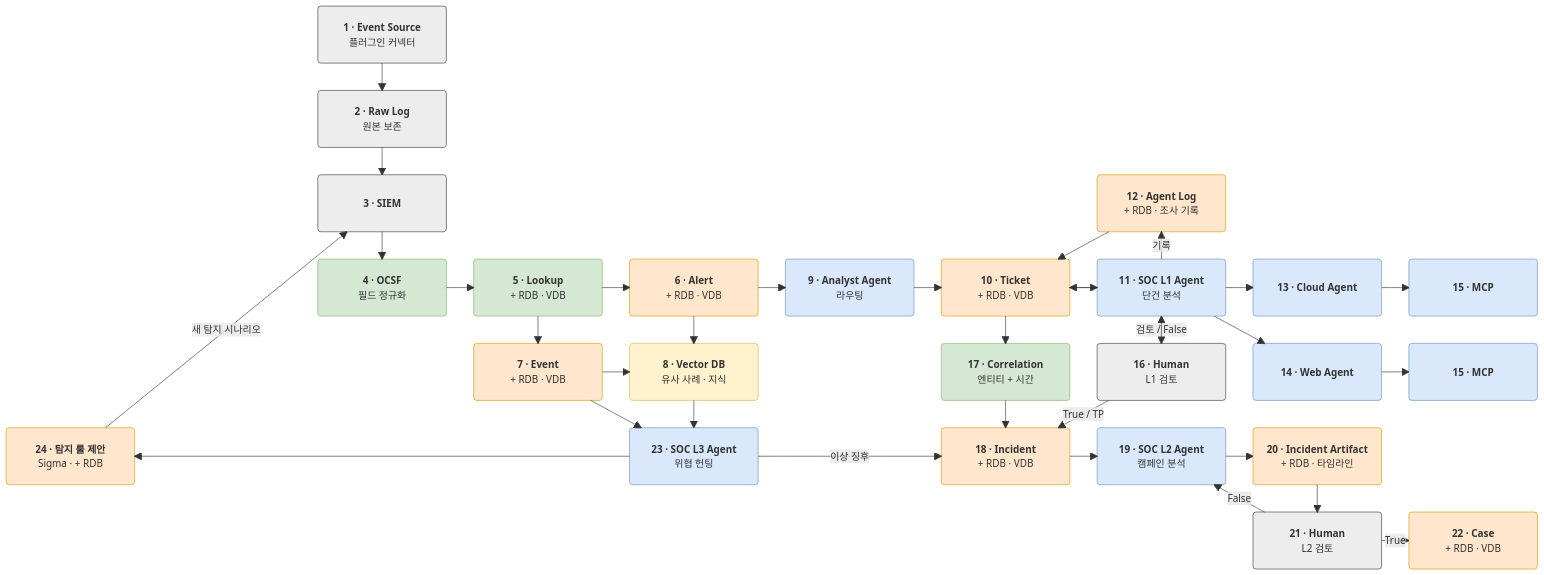
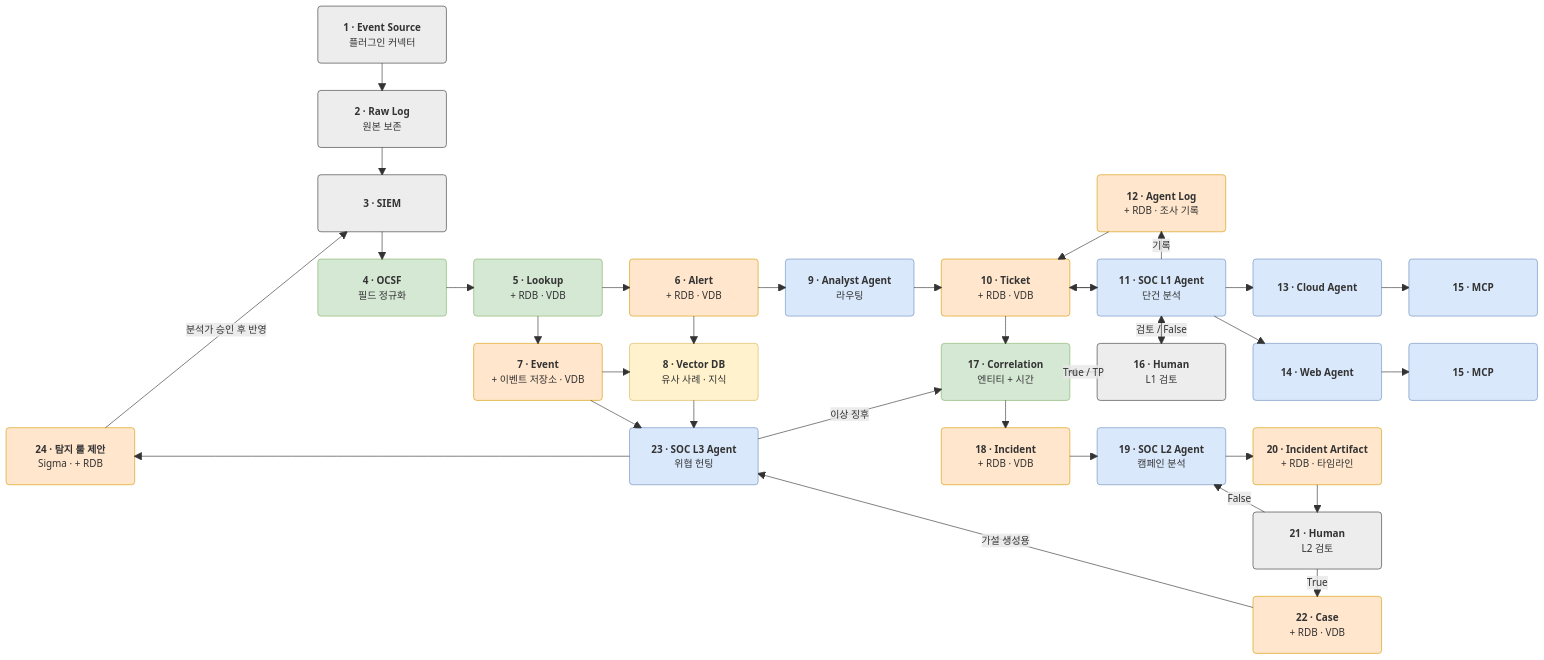
The diagram in README.md (0-Ticket/0-Ticket), drawn with Mermaid before and after one commit. The commit also changed other lines of this file and 16 other files, not shown here.

````diff
--- a/README.md
+++ b/README.md
@@ -24,58 +24,60 @@
 ```mermaid
 %%{init: {"block": {"padding": 44}}}%%
 block-beta
   columns 10
   space space ES("<b>1 · Event Source</b><br/>플러그인 커넥터") space:7
   space space RAW("<b>2 · Raw Log</b><br/>원본 보존") space:7
   space space SIEM("<b>3 · SIEM</b>") space:4 LOG("<b>12 · Agent Log</b><br/>+ RDB · 조사 기록") space:2
   space space OCSF("<b>4 · OCSF</b><br/>필드 정규화") LK("<b>5 · Lookup</b><br/>+ RDB · VDB") AL("<b>6 · Alert</b><br/>+ RDB · VDB") AN("<b>9 · Analyst Agent</b><br/>라우팅") TK("<b>10 · Ticket</b><br/>+ RDB · VDB") L1("<b>11 · SOC L1 Agent</b><br/>단건 분석") CL("<b>13 · Cloud Agent</b>") MCP1("<b>15 · MCP</b>")
-  space space:2 EV("<b>7 · Event</b><br/>+ RDB · VDB") VDB("<b>8 · Vector DB</b><br/>유사 사례 · 지식") space COR("<b>17 · Correlation</b><br/>엔티티 + 시간") H1("<b>16 · Human</b><br/>L1 검토") WEB("<b>14 · Web Agent</b>") MCP2("<b>15 · MCP</b>")
+  space space:2 EV("<b>7 · Event</b><br/>+ 이벤트 저장소 · VDB") VDB("<b>8 · Vector DB</b><br/>유사 사례 · 지식") space COR("<b>17 · Correlation</b><br/>엔티티 + 시간") H1("<b>16 · Human</b><br/>L1 검토") WEB("<b>14 · Web Agent</b>") MCP2("<b>15 · MCP</b>")
   RULE("<b>24 · 탐지 룰 제안</b><br/>Sigma · + RDB") space:3 L3("<b>23 · SOC L3 Agent</b><br/>위협 헌팅") space INC("<b>18 · Incident</b><br/>+ RDB · VDB") L2("<b>19 · SOC L2 Agent</b><br/>캠페인 분석") ART("<b>20 · Incident Artifact</b><br/>+ RDB · 타임라인") space
-  space:8 H2("<b>21 · Human</b><br/>L2 검토") CASE("<b>22 · Case</b><br/>+ RDB · VDB")
+  space:8 H2("<b>21 · Human</b><br/>L2 검토") space
+  space:8 CASE("<b>22 · Case</b><br/>+ RDB · VDB") space
 
   ES --> RAW
   RAW --> SIEM
   SIEM --> OCSF
   OCSF --> LK
   LK --> AL
   AL --> AN
   AN --> TK
   TK --> L1
   L1 --> TK
   L1 -- "기록" --> LOG
   LOG --> TK
   L1 --> CL
   CL --> MCP1
   L1 --> WEB
   WEB --> MCP2
   LK --> EV
   AL --> VDB
   EV --> VDB
   VDB --> L3
   EV --> L3
   TK --> COR
   COR --> INC
   L1 -- "검토 / False" --> H1
   H1 --> L1
-  H1 -- "True / TP" --> INC
-  L3 -- "이상 징후" --> INC
+  H1 -- "True / TP" --> COR
+  L3 -- "이상 징후" --> COR
   INC --> L2
   L2 --> ART
   ART --> H2
   H2 -- "False" --> L2
   H2 -- "True" --> CASE
   L3 --> RULE
-  RULE -- "새 탐지 시나리오" --> SIEM
+  RULE -- "분석가 승인 후 반영" --> SIEM
+  CASE -- "가설 생성용" --> L3
 
-  %% 색상: 회색=수집·사람, 초록=처리 레이어, 주황=데이터 객체(+RDB), 파랑=Agent, 노랑=Vector DB
+  %% 색상: 회색=수집·사람, 초록=처리 레이어, 주황=데이터 객체(+저장소), 파랑=Agent, 노랑=Vector DB
   classDef src fill:#EDEDED,stroke:#3A3A3A,color:#1D2329
   classDef proc fill:#D5E8D4,stroke:#82B366,color:#1D2329
   classDef data fill:#FFE6CC,stroke:#D79B00,color:#1D2329
   classDef agent fill:#DAE8FC,stroke:#6C8EBF,color:#1D2329
   classDef vdb fill:#FFF2CC,stroke:#D6B656,color:#1D2329
   class ES,RAW,SIEM,H1,H2 src
   class OCSF,LK,COR proc
   class AL,EV,TK,LOG,INC,ART,CASE,RULE data
   class AN,L1,CL,WEB,MCP1,MCP2,L2,L3 agent
   class VDB vdb
 ```
````
